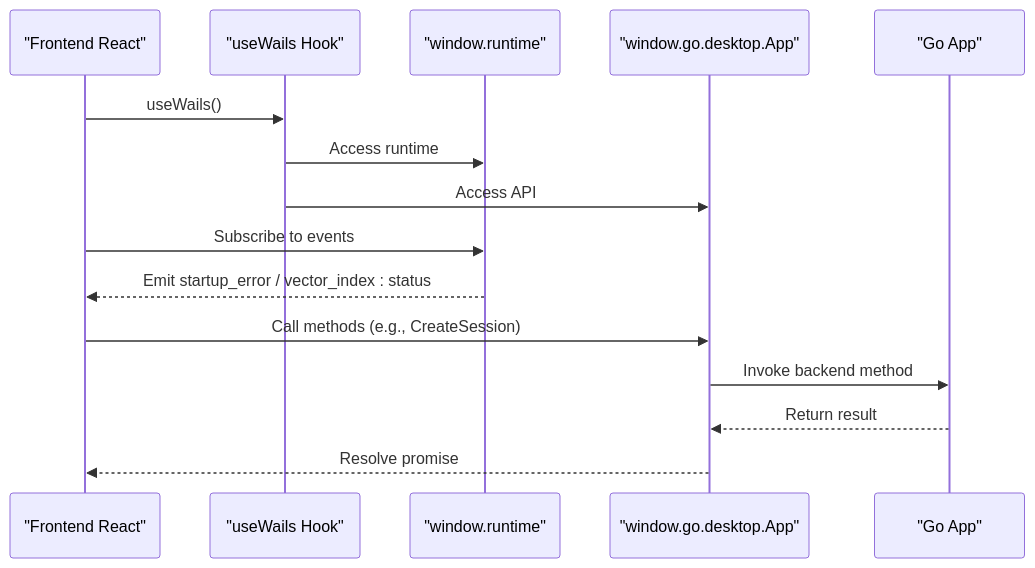
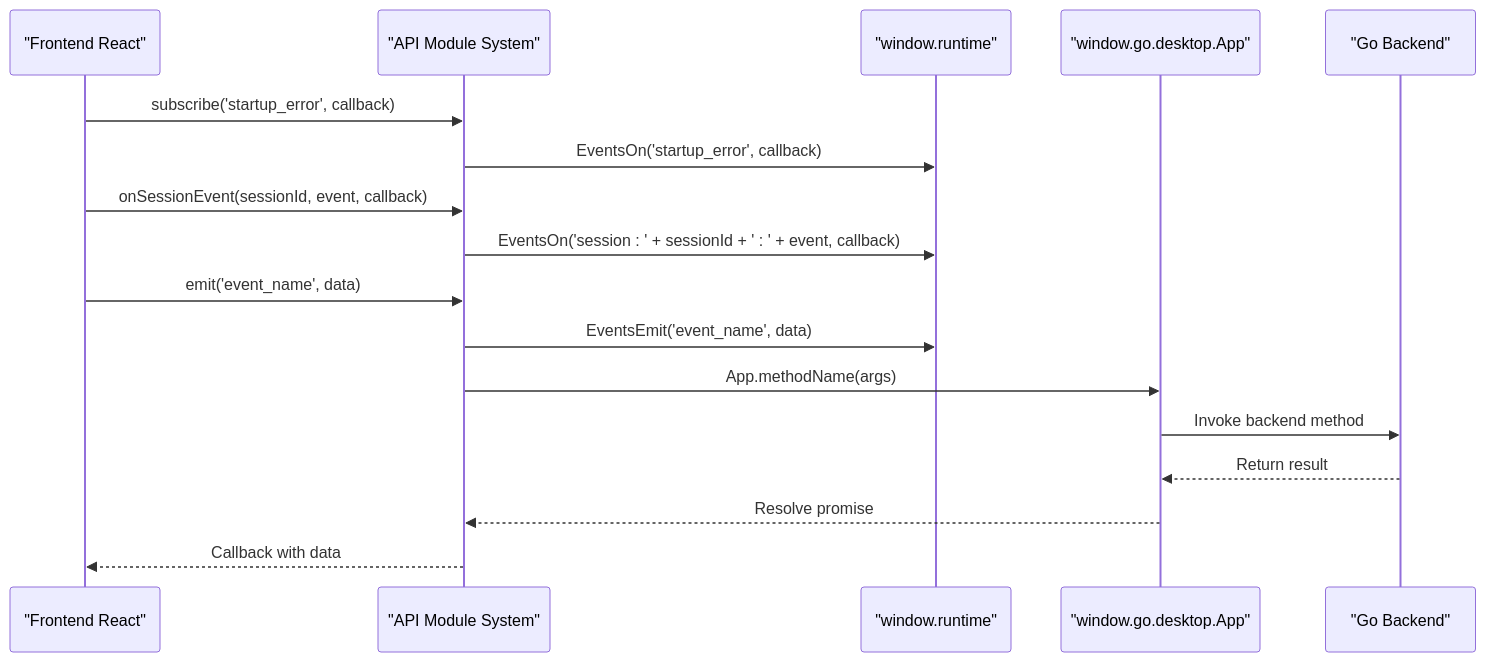
Before and after one commit to v0lka/c0wrk: the seventh of 11 diagrams in .qoder/repowiki/en/content/Frontend Application/Build System.md, drawn with Mermaid. The commit also changed other lines of this file and 13 other files, not shown here.

````diff
--- a/.qoder/repowiki/en/content/Frontend Application/Build System.md
+++ b/.qoder/repowiki/en/content/Frontend Application/Build System.md
@@ -264,17 +320,19 @@
 ```mermaid
 sequenceDiagram
 participant FE as "Frontend React"
-participant Hook as "useWails Hook"
+participant API as "API Module System"
 participant RT as "window.runtime"
-participant API as "window.go.desktop.App"
-participant BE as "Go App"
-FE->>Hook : useWails()
-Hook->>RT : Access runtime
-Hook->>API : Access API
-FE->>RT : Subscribe to events
-RT-->>FE : Emit startup_error / vector_index : status
-FE->>API : Call methods (e.g., CreateSession)
-API->>BE : Invoke backend method
-BE-->>API : Return result
-API-->>FE : Resolve promise
+participant APP as "window.go.desktop.App"
+participant BE as "Go Backend"
+FE->>API : subscribe('startup_error', callback)
+API->>RT : EventsOn('startup_error', callback)
+FE->>API : onSessionEvent(sessionId, event, callback)
+API->>RT : EventsOn('session : ' + sessionId + ' : ' + event, callback)
+FE->>API : emit('event_name', data)
+API->>RT : EventsEmit('event_name', data)
+API->>APP : App.methodName(args)
+APP->>BE : Invoke backend method
+BE-->>APP : Return result
+APP-->>API : Resolve promise
+API-->>FE : Callback with data
 ```
````
